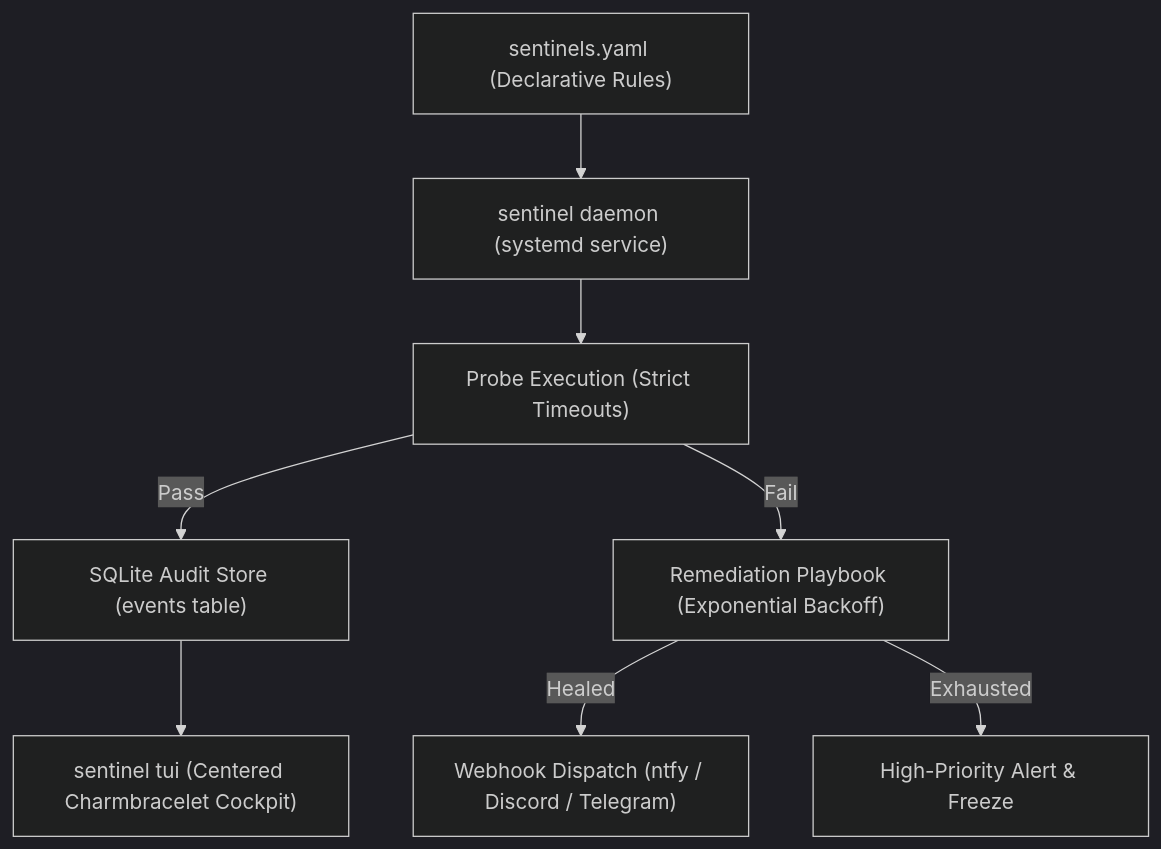
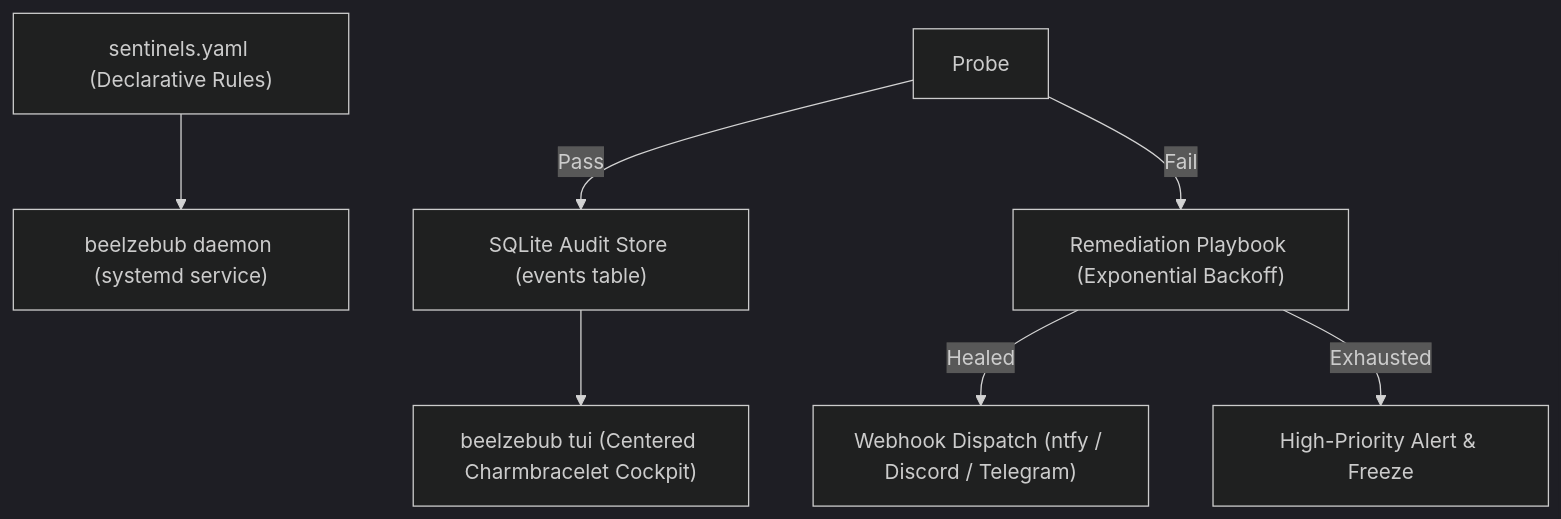
One commit to GeorgeDeveloperJ/Beelzebub changed the diagram in README.md. Above: the diagram before and after it, drawn with Mermaid (dark theme). The commit also changed other lines of this file and 5 other files, not shown here.

Commit message:
refactor(service): rename daemon service and primary binary to beelzebub

````diff
--- a/README.md
+++ b/README.md
@@ -22,10 +22,9 @@
 ```mermaid
 flowchart TD
-    YAML["sentinels.yaml (Declarative Rules)"] --> Engine["sentinel daemon (systemd service)"]
-    Engine --> Probe["Probe Execution (Strict Timeouts)"]
+    YAML["sentinels.yaml (Declarative Rules)"] --> Engine["beelzebub daemon (systemd service)"]
     Probe -->|Pass| Store["SQLite Audit Store (events table)"]
     Probe -->|Fail| Remediate["Remediation Playbook (Exponential Backoff)"]
     Remediate -->|Healed| Notify["Webhook Dispatch (ntfy / Discord / Telegram)"]
     Remediate -->|Exhausted| Alert["High-Priority Alert & Freeze"]
-    Store --> TUI["sentinel tui (Centered Charmbracelet Cockpit)"]
+    Store --> TUI["beelzebub tui (Centered Charmbracelet Cockpit)"]
 ```
````
